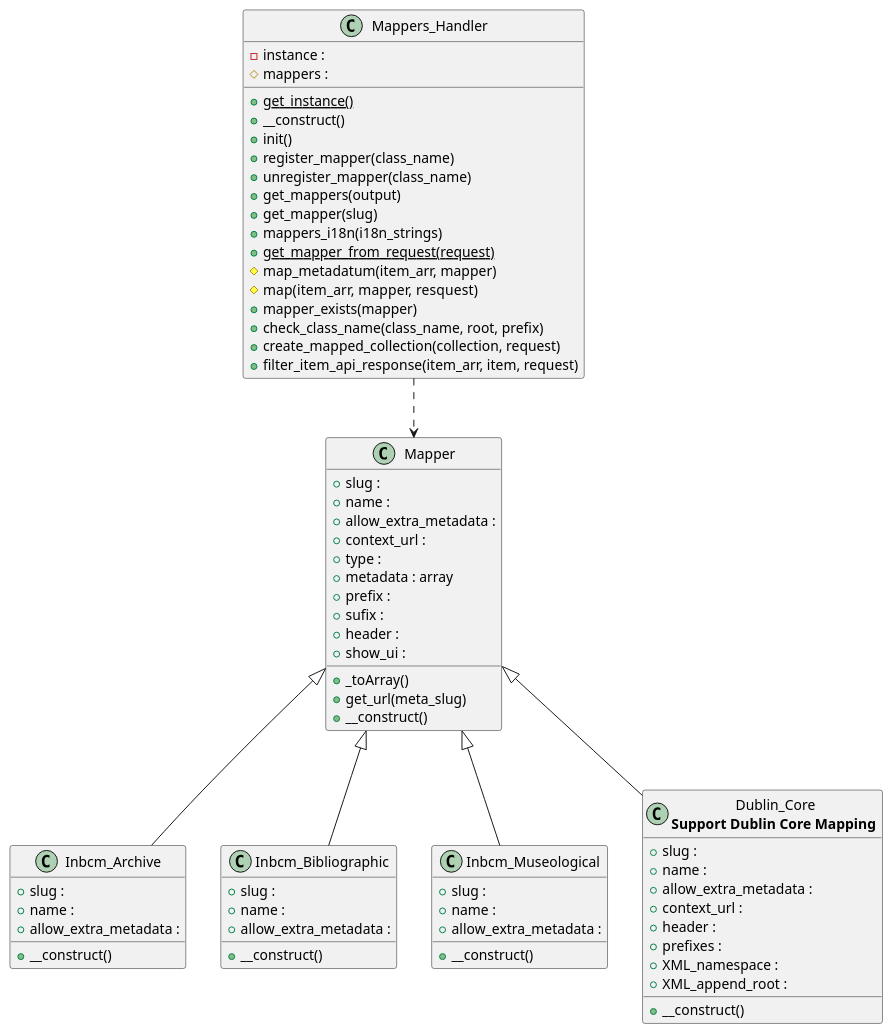
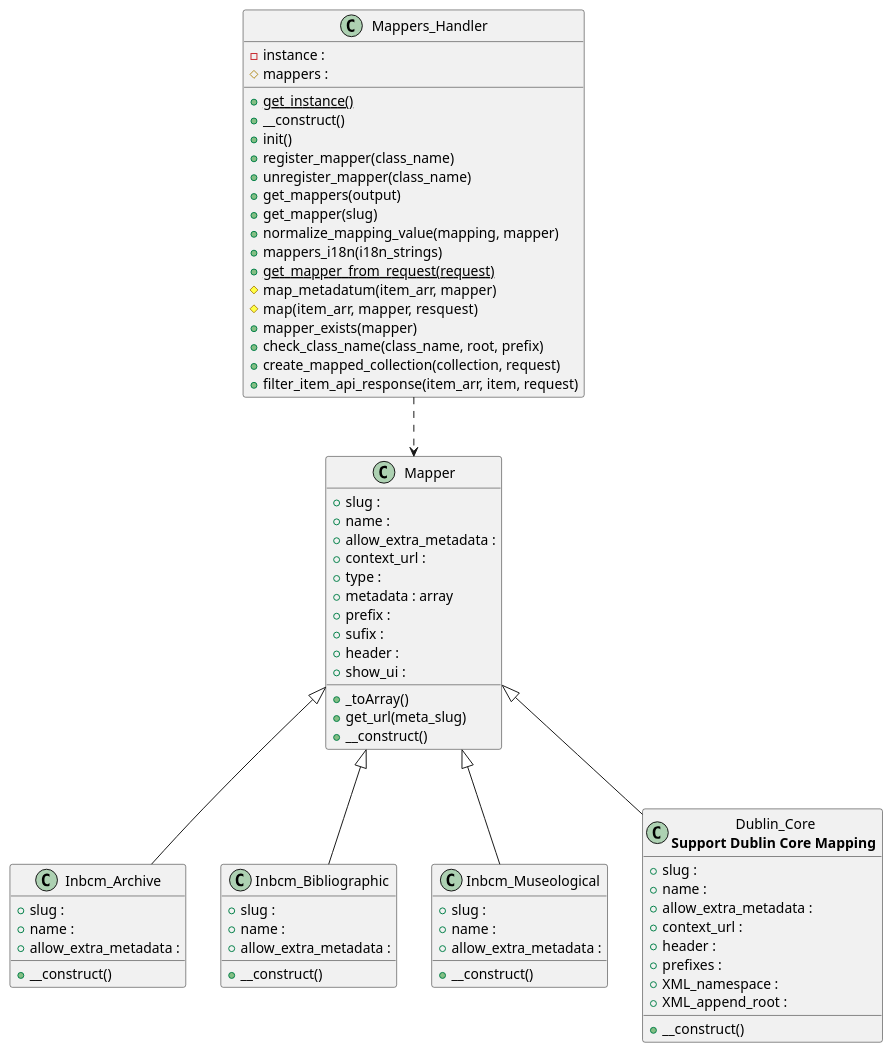
The diagram in docs/diagrams/tainacan-namespace-Tainacan-Mappers.puml (tainacan/tainacan), drawn with PlantUML before and after one commit. The commit also changed 14 other files, not shown here.

```diff
--- a/docs/diagrams/tainacan-namespace-Tainacan-Mappers.puml
+++ b/docs/diagrams/tainacan-namespace-Tainacan-Mappers.puml
@@ -1,70 +1,71 @@
 @startuml class-diagram
   class "Mapper" as Mapper {
     +slug : 
     +name : 
     +allow_extra_metadata : 
     +context_url : 
     +type : 
     +metadata : array
     +prefix : 
     +sufix : 
     +header : 
     +show_ui : 
     +_toArray()
     +get_url(meta_slug)
     +__construct()
   }
   class "Inbcm_Archive" as Inbcm_Archive {
     +slug : 
     +name : 
     +allow_extra_metadata : 
     +__construct()
   }
   class "Inbcm_Bibliographic" as Inbcm_Bibliographic {
     +slug : 
     +name : 
     +allow_extra_metadata : 
     +__construct()
   }
   class "Inbcm_Museological" as Inbcm_Museological {
     +slug : 
     +name : 
     +allow_extra_metadata : 
     +__construct()
   }
   class "Mappers_Handler" as Mappers_Handler {
     -instance : 
     #mappers : 
     {static} +get_instance()
     +__construct()
     +init()
     +register_mapper(class_name)
     +unregister_mapper(class_name)
     +get_mappers(output)
     +get_mapper(slug)
+    +normalize_mapping_value(mapping, mapper)
     +mappers_i18n(i18n_strings)
     {static} +get_mapper_from_request(request)
     #map_metadatum(item_arr, mapper)
     #map(item_arr, mapper, resquest)
     +mapper_exists(mapper)
     +check_class_name(class_name, root, prefix)
     +create_mapped_collection(collection, request)
     +filter_item_api_response(item_arr, item, request)
   }
   class "Dublin_Core\n<b>Support Dublin Core Mapping </b>" as Dublin_Core {
     +slug : 
     +name : 
     +allow_extra_metadata : 
     +context_url : 
     +header : 
     +prefixes : 
     +XML_namespace : 
     +XML_append_root : 
     +__construct()
   }
   Mapper <|-- Dublin_Core
   Mapper <|-- Inbcm_Archive
   Mapper <|-- Inbcm_Bibliographic
   Mapper <|-- Inbcm_Museological
   Mappers_Handler ..> Mapper
 @enduml
```
